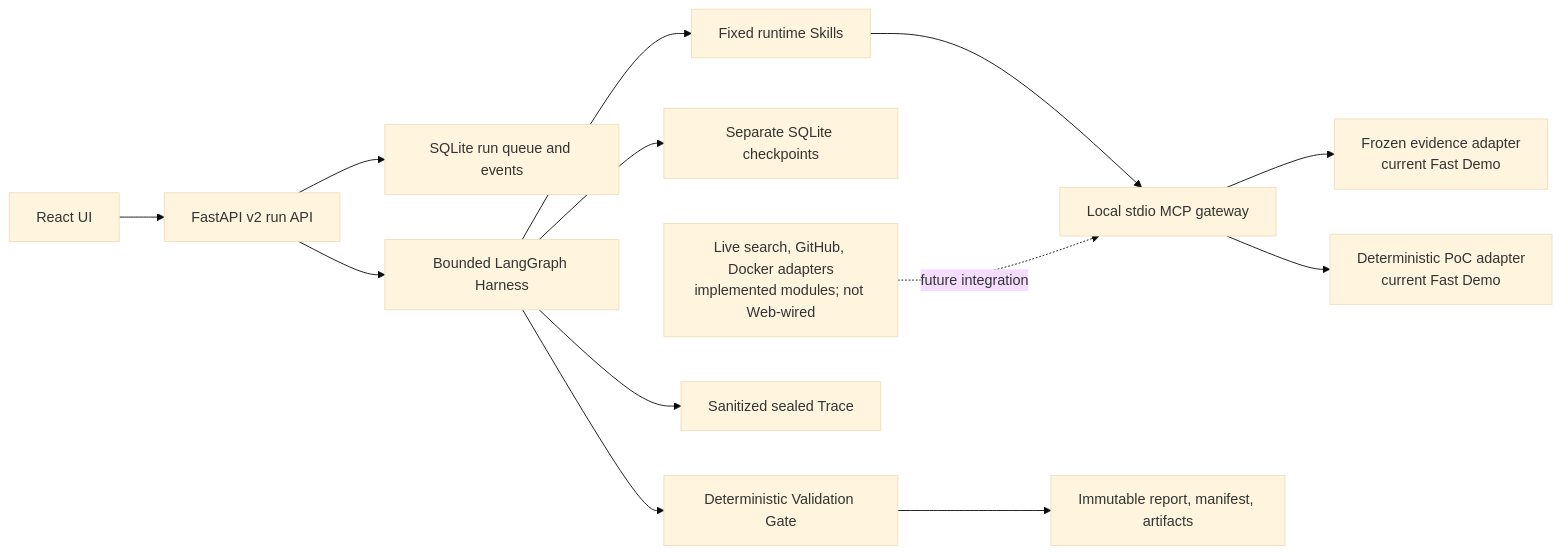
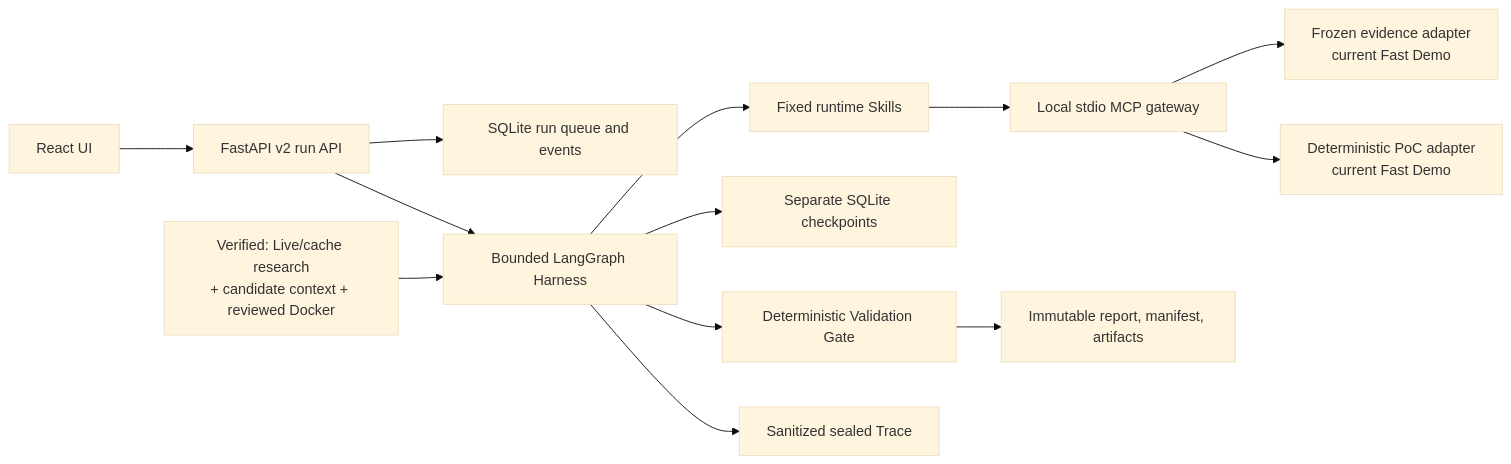
The diagram in README.md (bluefateludi/MOMO-Scholar), drawn with Mermaid (base theme) before and after one commit. The commit also changed other lines of this file and 19 other files, not shown here.

Commit message:
feat: wire verified web execution

````diff
--- a/README.md
+++ b/README.md
@@ -48,15 +48,15 @@
 ```mermaid
 flowchart LR
     UI["React UI"] --> API["FastAPI v2 run API"]
     API --> Q["SQLite run queue and events"]
     API --> H["Bounded LangGraph Harness"]
     H --> SK["Fixed runtime Skills"]
     SK --> MCP["Local stdio MCP gateway"]
     MCP --> FE["Frozen evidence adapter\ncurrent Fast Demo"]
     MCP --> FP["Deterministic PoC adapter\ncurrent Fast Demo"]
     H --> CP["Separate SQLite checkpoints"]
     H --> VG["Deterministic Validation Gate"]
     VG --> AR["Immutable report, manifest, artifacts"]
     H --> TR["Sanitized sealed Trace"]
-    LIVE["Live search, GitHub, Docker adapters\nimplemented modules; not Web-wired"] -. future integration .-> MCP
+    LIVE["Verified: Live/cache research\n+ candidate context + reviewed Docker"] --> H
 ```
````
